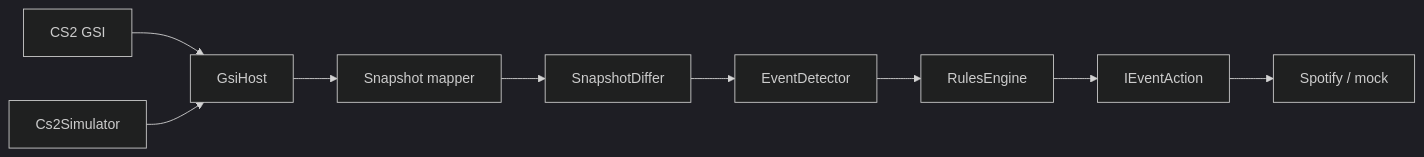
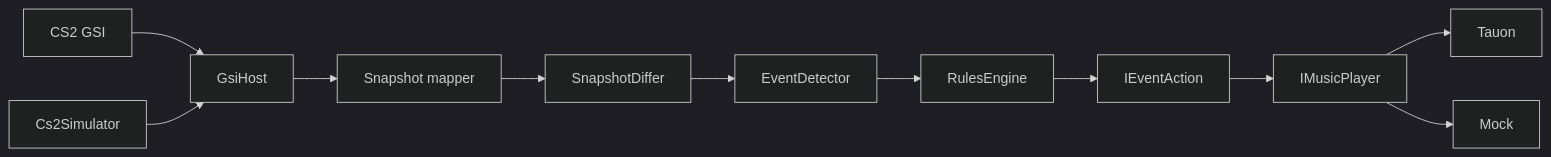
Before and after one commit to AlexGud-HGGames/Undefault: the diagram in README.md, drawn with Mermaid (dark theme). The commit also changed other lines of this file and 39 other files, not shown here.

First line of the commit message:
Docs: Pivot to Tauon & IMusicPlayer

````diff
--- a/README.md
+++ b/README.md
@@ -19,11 +21,13 @@
 ```mermaid
 flowchart LR
   cs2[CS2 GSI] --> host[GsiHost]
   sim[Cs2Simulator] --> host
   host --> mapper[Snapshot mapper]
   mapper --> diff[SnapshotDiffer]
   diff --> detect[EventDetector]
   detect --> rules[RulesEngine]
   rules --> actions[IEventAction]
-  actions --> spotify[Spotify / mock]
+  actions --> player[IMusicPlayer]
+  player --> tauon[Tauon]
+  player --> mock[Mock]
 ```
````
